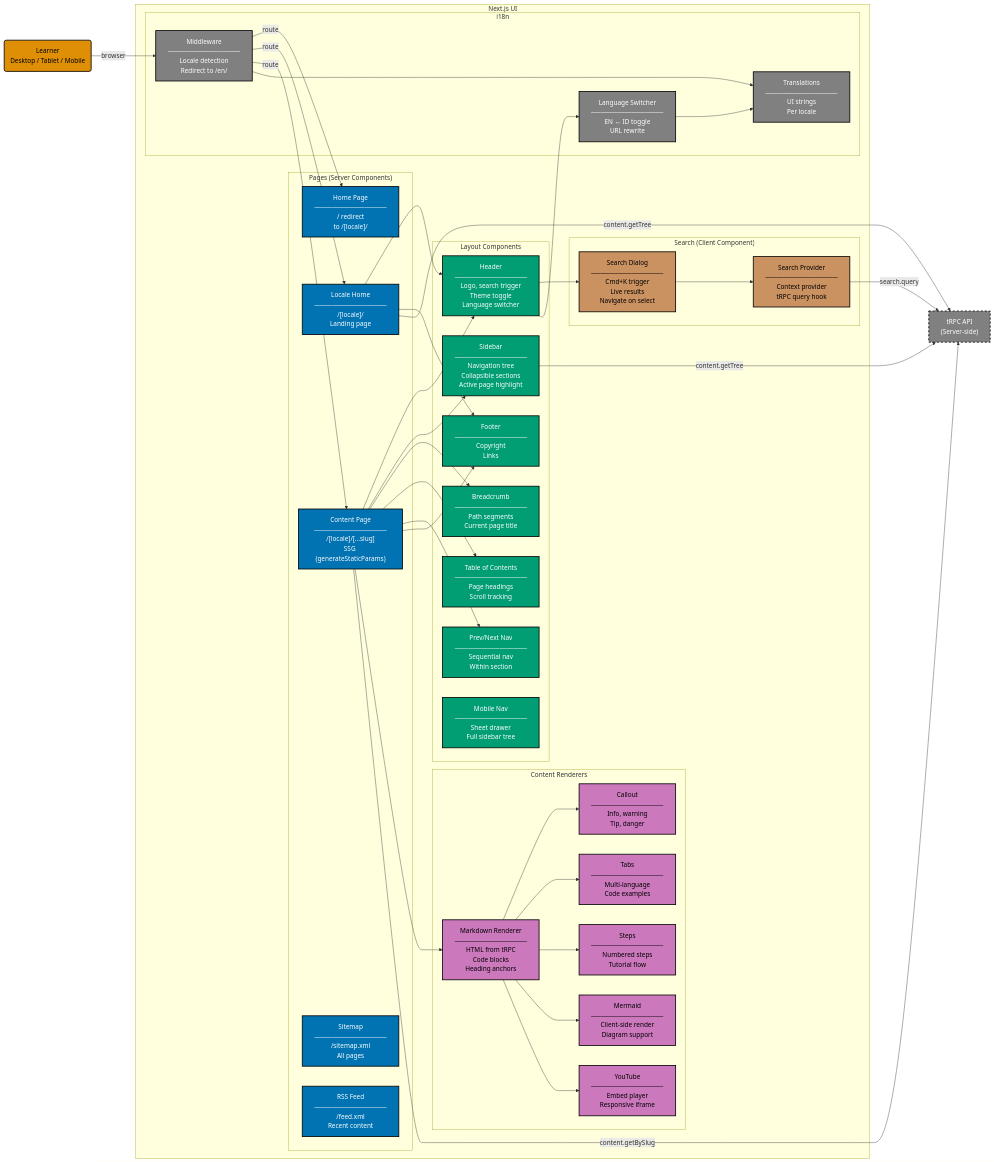
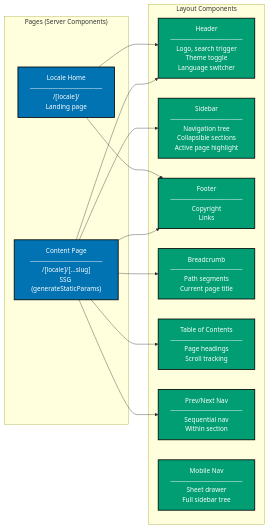
One commit to wahidyankf/baseerah changed the second of 5 diagrams in specs/apps/ayokoding/components/web/component-web.md. Above: the diagram before and after it, drawn with Mermaid. The commit also changed other lines of this file and 20 other files, not shown here.

First line of the commit message:
fix(docs): remediate mermaid violations surfaced by the detect_kind fix

````diff
--- a/specs/apps/ayokoding/components/web/component-web.md
+++ b/specs/apps/ayokoding/components/web/component-web.md
@@ -9,57 +54,21 @@
 ```mermaid
 %% Color Palette: Blue #0173B2 | Orange #DE8F05 | Teal #029E73 | Purple #CC78BC | Brown #CA9161 | Gray #808080
 graph LR
-    LEARNER("Learner<br/>Desktop / Tablet / Mobile"):::actor
 
-    subgraph SPA["Next.js UI"]
-
-        subgraph LAYER1["Pages (Server Components)"]
-            HP["Home Page<br/>────────────────<br/>/ redirect<br/>to /[locale]/"]:::page
-            LP["Locale Home<br/>────────────────<br/>/[locale]/<br/>Landing page"]:::page
-            CP["Content Page<br/>────────────────<br/>/[locale]/[...slug]<br/>SSG (generateStaticParams)"]:::page
-            SP["Sitemap<br/>────────────────<br/>/sitemap.xml<br/>All pages"]:::page
-            FP["RSS Feed<br/>────────────────<br/>/feed.xml<br/>Recent content"]:::page
-        end
-
-        subgraph LAYER2["Layout Components"]
-            HEADER["Header<br/>────────────────<br/>Logo, search trigger<br/>Theme toggle<br/>Language switcher"]:::layout
-            SIDEBAR["Sidebar<br/>────────────────<br/>Navigation tree<br/>Collapsible sections<br/>Active page highlight"]:::layout
-            FOOTER["Footer<br/>────────────────<br/>Copyright<br/>Links"]:::layout
-            BREAD["Breadcrumb<br/>────────────────<br/>Path segments<br/>Current page title"]:::layout
-            TOC["Table of Contents<br/>────────────────<br/>Page headings<br/>Scroll tracking"]:::layout
-            PREVNEXT["Prev/Next Nav<br/>────────────────<br/>Sequential nav<br/>Within section"]:::layout
-            MOBILE["Mobile Nav<br/>────────────────<br/>Sheet drawer<br/>Full sidebar tree"]:::layout
-        end
-
-        subgraph LAYER3["Content Renderers"]
-            MDR["Markdown Renderer<br/>────────────────<br/>HTML from tRPC<br/>Code blocks<br/>Heading anchors"]:::renderer
-            CALLOUT["Callout<br/>────────────────<br/>Info, warning<br/>Tip, danger"]:::renderer
-            TABS["Tabs<br/>────────────────<br/>Multi-language<br/>Code examples"]:::renderer
-            STEPS["Steps<br/>────────────────<br/>Numbered steps<br/>Tutorial flow"]:::renderer
-            MERMAID["Mermaid<br/>────────────────<br/>Client-side render<br/>Diagram support"]:::renderer
-            YT["YouTube<br/>────────────────<br/>Embed player<br/>Responsive iframe"]:::renderer
-        end
-
-        subgraph LAYER4["Search (Client Component)"]
-            SD["Search Dialog<br/>────────────────<br/>Cmd+K trigger<br/>Live results<br/>Navigate on select"]:::search
-            SP2["Search Provider<br/>────────────────<br/>Context provider<br/>tRPC query hook"]:::search
-        end
-
-        subgraph LAYER5["i18n"]
-            LS["Language Switcher<br/>────────────────<br/>EN ↔ ID toggle<br/>URL rewrite"]:::i18n
-            MW["Middleware<br/>────────────────<br/>Locale detection<br/>Redirect to /en/"]:::i18n
-            TR["Translations<br/>────────────────<br/>UI strings<br/>Per locale"]:::i18n
-        end
-
+    subgraph LAYER1["Pages (Server Components)"]
+        LP["Locale Home<br/>────────────────<br/>/[locale]/<br/>Landing page"]:::page
+        CP["Content Page<br/>────────────────<br/>/[locale]/[...slug]<br/>SSG (generateStaticParams)"]:::page
     end
 
-    API["tRPC API<br/>(Server-side)"]:::external
-
-    %% Learner → Pages
-    LEARNER -->|"browser"| MW
-    MW -->|"route"| HP
-    MW -->|"route"| LP
-    MW -->|"route"| CP
+    subgraph LAYER2["Layout Components"]
+        HEADER["Header<br/>────────────────<br/>Logo, search trigger<br/>Theme toggle<br/>Language switcher"]:::layout
+        SIDEBAR["Sidebar<br/>────────────────<br/>Navigation tree<br/>Collapsible sections<br/>Active page highlight"]:::layout
+        FOOTER["Footer<br/>────────────────<br/>Copyright<br/>Links"]:::layout
+        BREAD["Breadcrumb<br/>────────────────<br/>Path segments<br/>Current page title"]:::layout
+        TOC["Table of Contents<br/>────────────────<br/>Page headings<br/>Scroll tracking"]:::layout
+        PREVNEXT["Prev/Next Nav<br/>────────────────<br/>Sequential nav<br/>Within section"]:::layout
+        MOBILE["Mobile Nav<br/>────────────────<br/>Sheet drawer<br/>Full sidebar tree"]:::layout
+    end
 
     %% Pages use Layout
     CP --> HEADER
@@ -71,34 +80,6 @@
     LP --> HEADER
     LP --> FOOTER
 
-    %% Pages use Content Renderers
-    CP --> MDR
-    MDR --> CALLOUT
-    MDR --> TABS
-    MDR --> STEPS
-    MDR --> MERMAID
-    MDR --> YT
-
-    %% Header → Search + i18n
-    HEADER --> SD
-    HEADER --> LS
-    SD --> SP2
-
-    %% Search + Pages → API
-    SP2 -->|"search.query"| API
-    CP -->|"content.getBySlug"| API
-    LP -->|"content.getTree"| API
-    SIDEBAR -->|"content.getTree"| API
-
-    %% i18n
-    LS --> TR
-    MW --> TR
-
-    classDef actor fill:#DE8F05,stroke:#000000,color:#000000,stroke-width:2px
     classDef page fill:#0173B2,stroke:#000000,color:#FFFFFF,stroke-width:2px
     classDef layout fill:#029E73,stroke:#000000,color:#FFFFFF,stroke-width:2px
-    classDef renderer fill:#CC78BC,stroke:#000000,color:#000000,stroke-width:2px
-    classDef search fill:#CA9161,stroke:#000000,color:#000000,stroke-width:2px
-    classDef i18n fill:#808080,stroke:#000000,color:#FFFFFF,stroke-width:2px
-    classDef external fill:#808080,stroke:#000000,color:#FFFFFF,stroke-width:2px,stroke-dasharray:5 5
 ```
````
